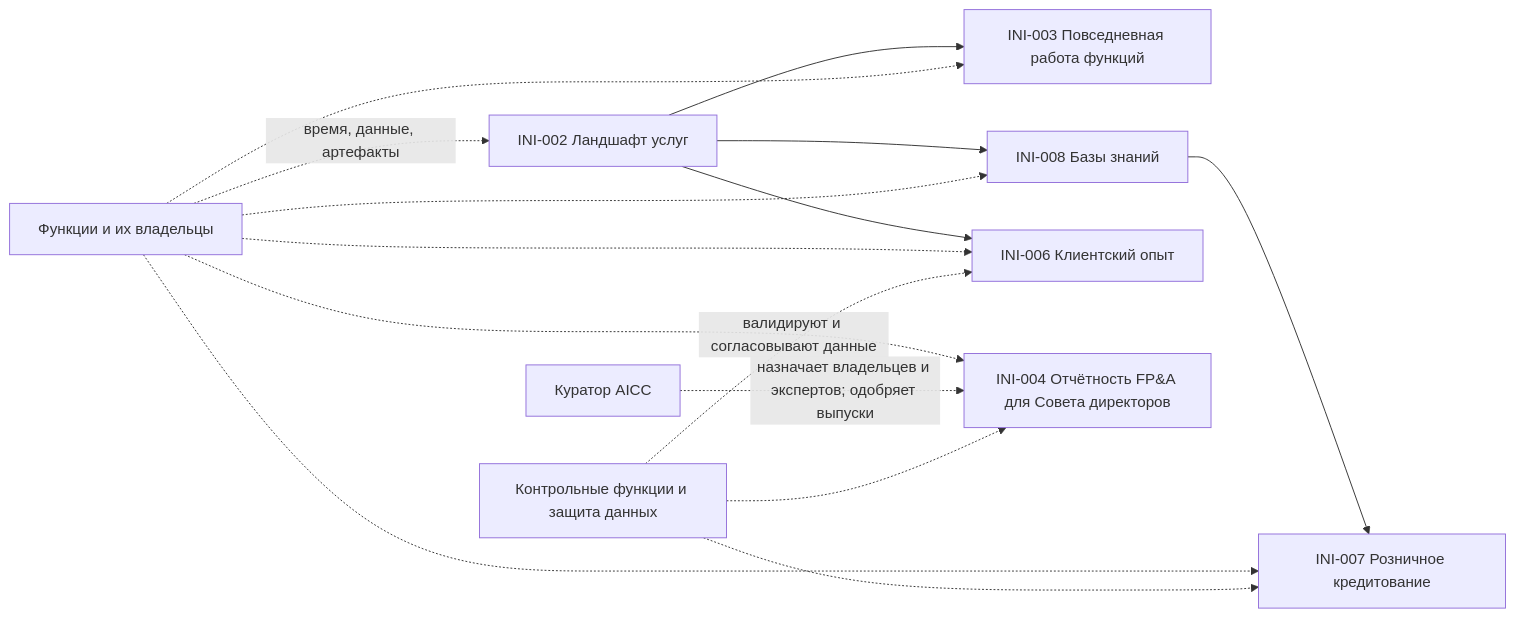
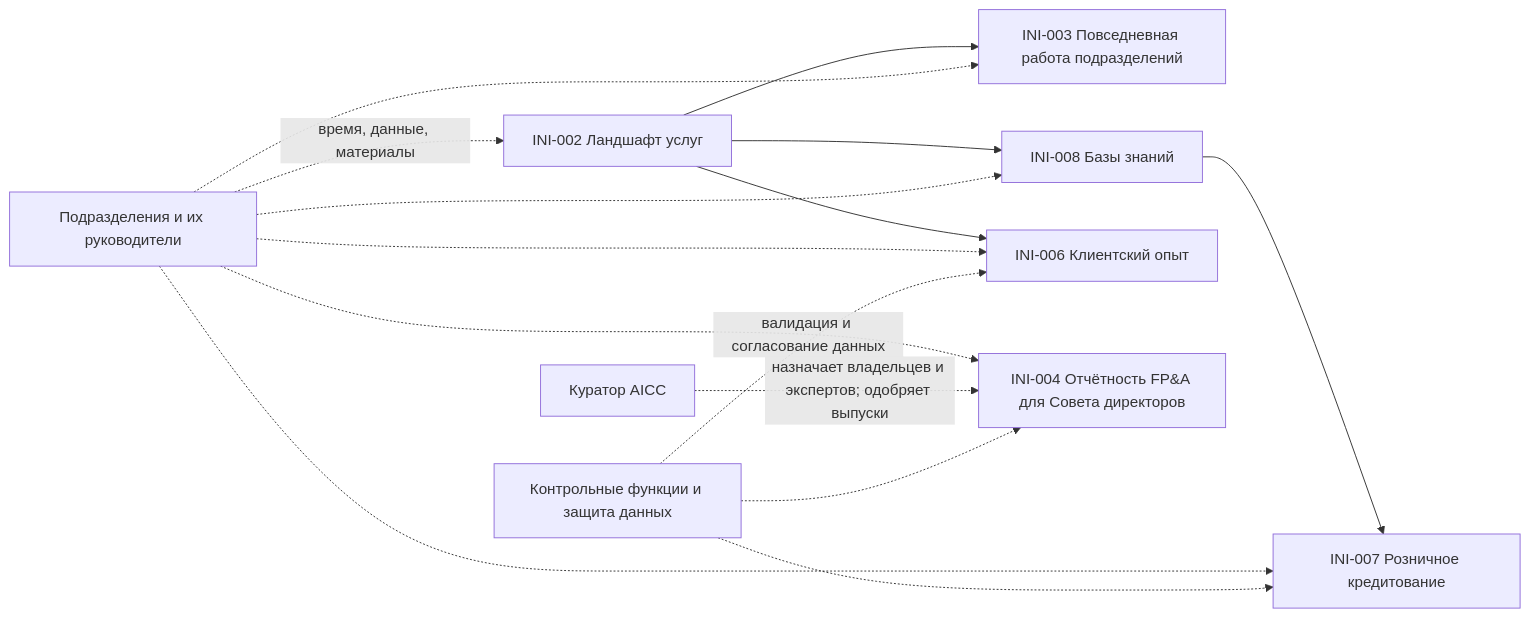
Before and after one commit to devhogu/ob-aicc: the diagram in registry/ru/dependencies.md, drawn with Mermaid. The commit also changed other lines of this file and 150 other files, not shown here.

````diff
--- a/registry/ru/dependencies.md
+++ b/registry/ru/dependencies.md
@@ -75,17 +75,17 @@
 ```mermaid
 flowchart LR
-  INI002[INI-002 Ландшафт услуг] --> INI003[INI-003 Повседневная работа функций]
+  INI002[INI-002 Ландшафт услуг] --> INI003[INI-003 Повседневная работа подразделений]
   INI002 --> INI008[INI-008 Базы знаний]
   INI002 --> INI006[INI-006 Клиентский опыт]
   INI008 --> INI007[INI-007 Розничное кредитование]
-  FN[Функции и их владельцы] -.время, данные, артефакты.-> INI002
+  FN[Подразделения и их руководители] -.время, данные, материалы.-> INI002
   FN -.-> INI003
   FN -.-> INI004[INI-004 Отчётность FP&A для Совета директоров]
   FN -.-> INI006
   FN -.-> INI007
   FN -.-> INI008
   ES[Куратор AICC] -.назначает владельцев и экспертов; одобряет выпуски.-> INI004
-  CF[Контрольные функции и защита данных] -.валидируют и согласовывают данные.-> INI006
+  CF[Контрольные функции и защита данных] -.валидация и согласование данных.-> INI006
   CF -.-> INI007
   CF -.-> INI004
 ```
````
